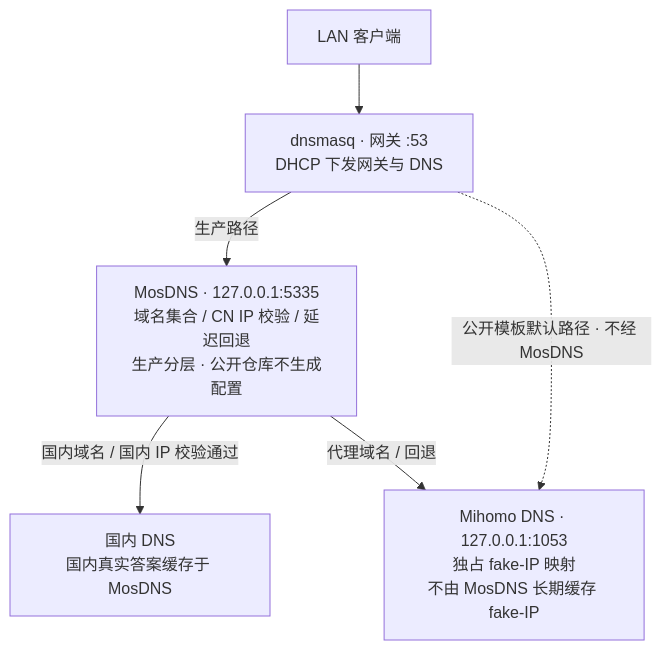
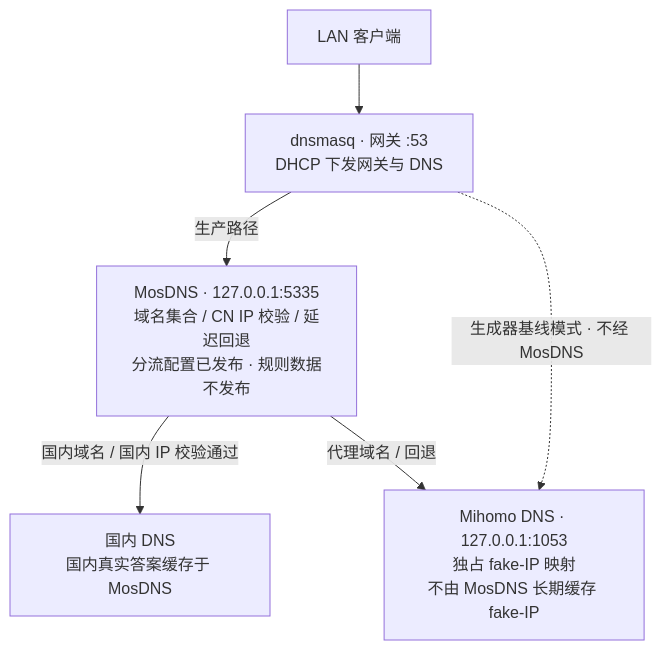
One commit to ashllll/rpi5-mihomo-gateway-guide changed the diagram in assets/current-dns-flow.mmd. Above: the diagram before and after it, drawn with Mermaid. The commit also changed 67 other files, not shown here.

```diff
--- a/assets/current-dns-flow.mmd
+++ b/assets/current-dns-flow.mmd
@@ -1,13 +1,13 @@
 flowchart TB
   accTitle: 生产 DNS 分层与公开模板的区别
-  accDescr: 客户端查询 dnsmasq。生产环境经 MosDNS 按域名集合和国内 IP 校验分流至国内 DNS 或 Mihomo DNS。公开模板直接从 dnsmasq 转至 Mihomo DNS，不包含 MosDNS 配置。
+  accDescr: 客户端查询 dnsmasq。生产环境经 MosDNS 按域名集合和国内 IP 校验分流至国内 DNS 或 Mihomo DNS。仓库已发布 MosDNS 分流配置 automation/etc/mosdns/config.yaml，但不发布其规则数据文件。
   client["LAN 客户端"]
   dnsmasq["dnsmasq · 网关 :53<br/>DHCP 下发网关与 DNS"]
-  mosdns["MosDNS · 127.0.0.1:5335<br/>域名集合 / CN IP 校验 / 延迟回退<br/>生产分层 · 公开仓库不生成配置"]
+  mosdns["MosDNS · 127.0.0.1:5335<br/>域名集合 / CN IP 校验 / 延迟回退<br/>分流配置已发布 · 规则数据不发布"]
   domestic["国内 DNS<br/>国内真实答案缓存于 MosDNS"]
   mihomo["Mihomo DNS · 127.0.0.1:1053<br/>独占 fake-IP 映射<br/>不由 MosDNS 长期缓存 fake-IP"]
   client --> dnsmasq
   dnsmasq -->|生产路径| mosdns
   mosdns -->|国内域名 / 国内 IP 校验通过| domestic
   mosdns -->|代理域名 / 回退| mihomo
-  dnsmasq -. "公开模板默认路径 · 不经 MosDNS" .-> mihomo
+  dnsmasq -. "生成器基线模式 · 不经 MosDNS" .-> mihomo
```
